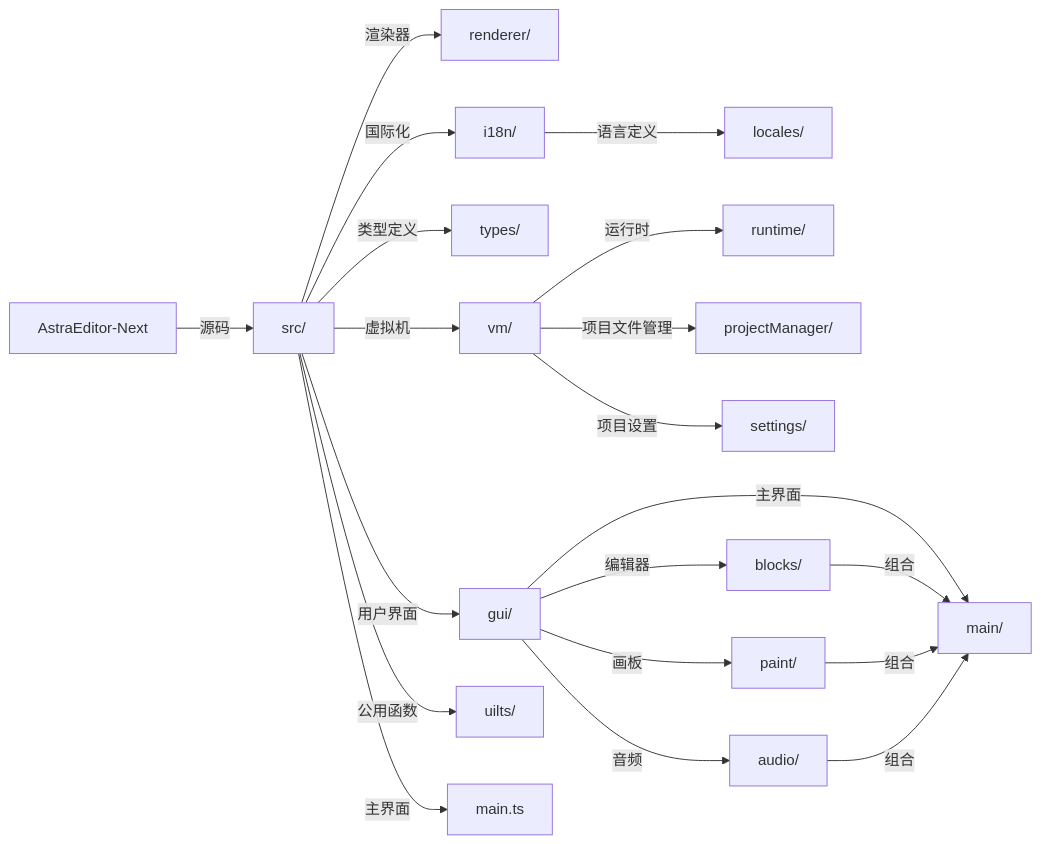
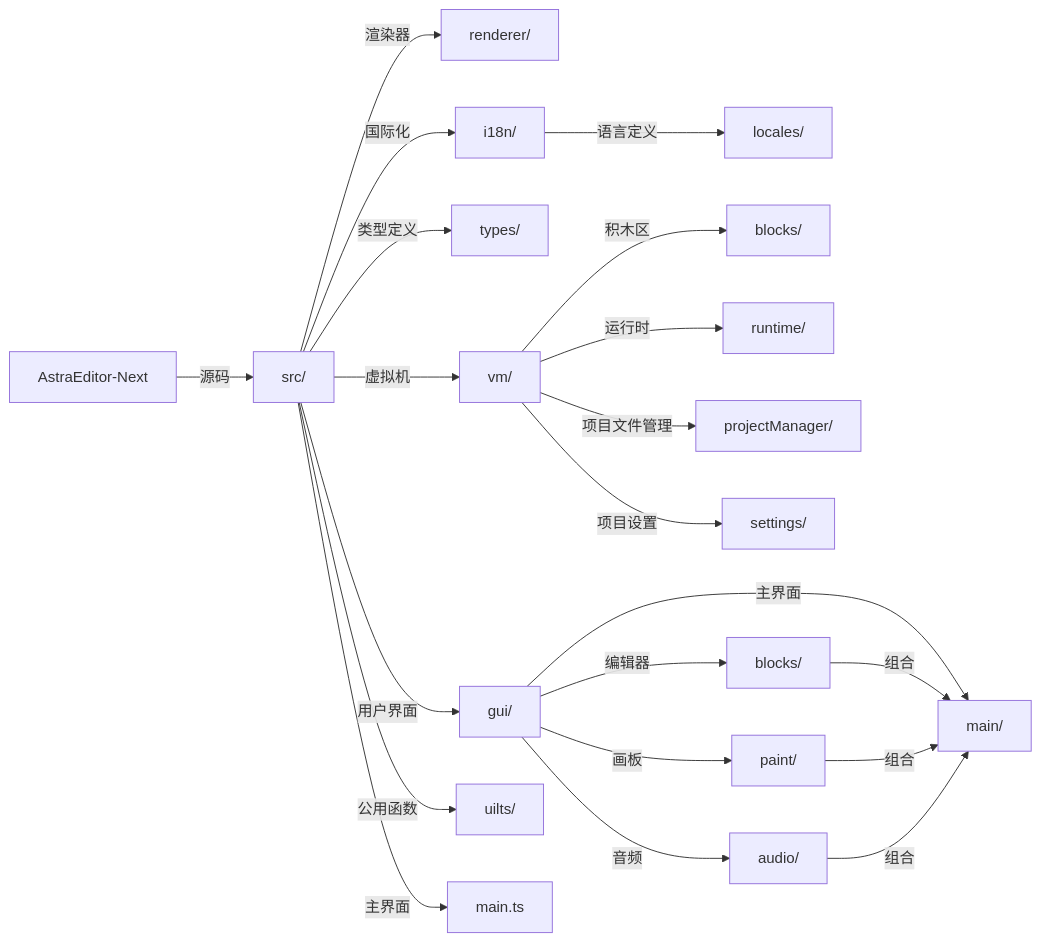
The diagram in README.md (TheAstrasTeam/Astratch), drawn with Mermaid before and after one commit.

Commit message:
docs: add Blocks folder

````diff
--- a/README.md
+++ b/README.md
@@ -23,27 +23,28 @@
 ```mermaid
 graph LR
         A[AstraEditor-Next]
 
         A --> |源码|B[src/]
 
         B --> |渲染器|C[renderer/]
         B --> |国际化|O[i18n/]
         B --> |类型定义|TP[types/]
 
         O --> |语言定义| LD[locales/]
 
         B --> |虚拟机|D[vm/]
+        D --> |积木区|BLK[blocks/]
         D --> |运行时|RUNTIME[runtime/]
         D --> |项目文件管理|PM[projectManager/]
         D --> |项目设置|PS[settings/]
         B --> |用户界面|E[gui/]
         E --> |主界面|K[main/]
         E --> |编辑器|G[blocks/]
         E --> |画板|H[paint/]
         E --> |音频|I[audio/]
         G --> |组合| K
         H --> |组合| K
         I --> |组合| K
         B --> |公用函数|F[uilts/]
         B --> |主界面|MAIN[main.ts]     
 ```
````
